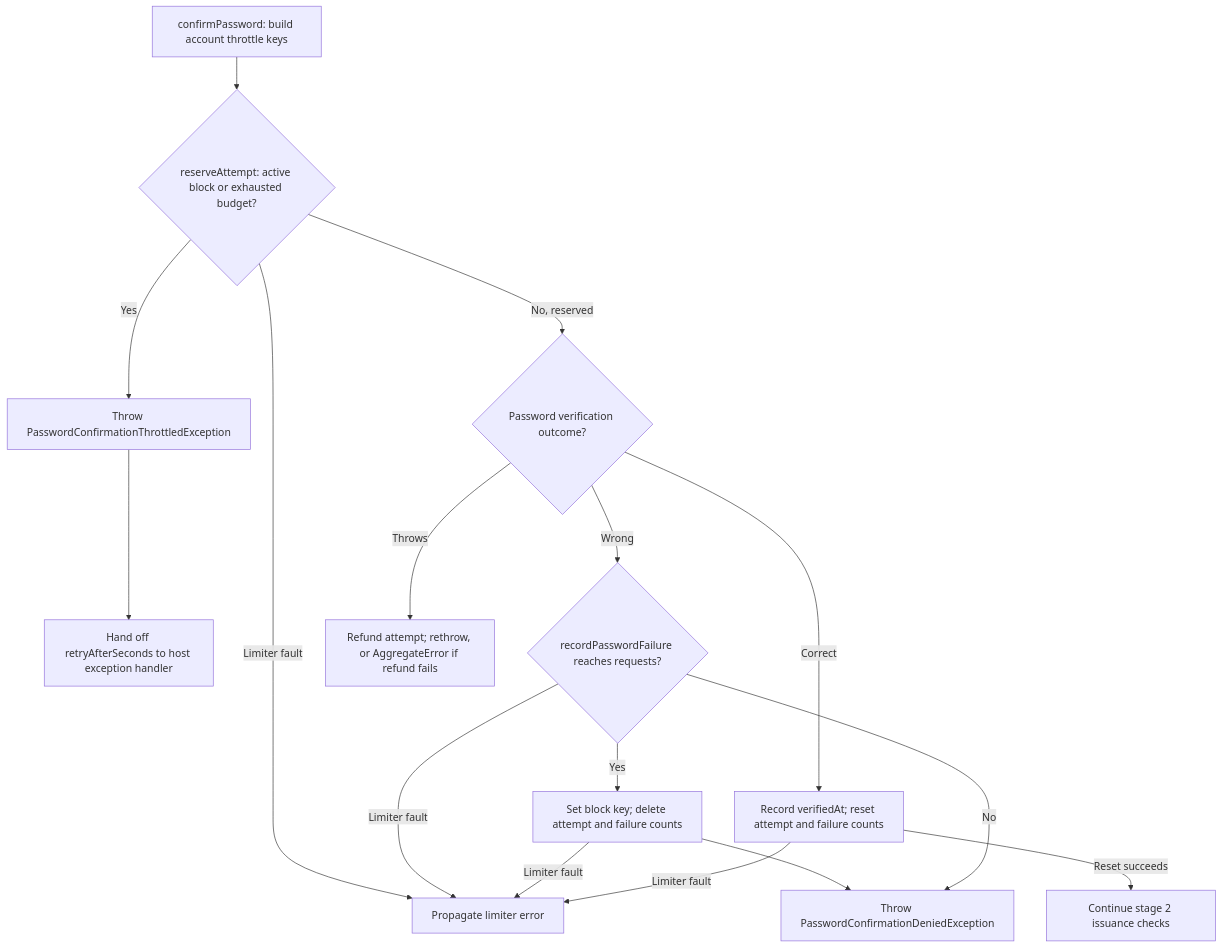
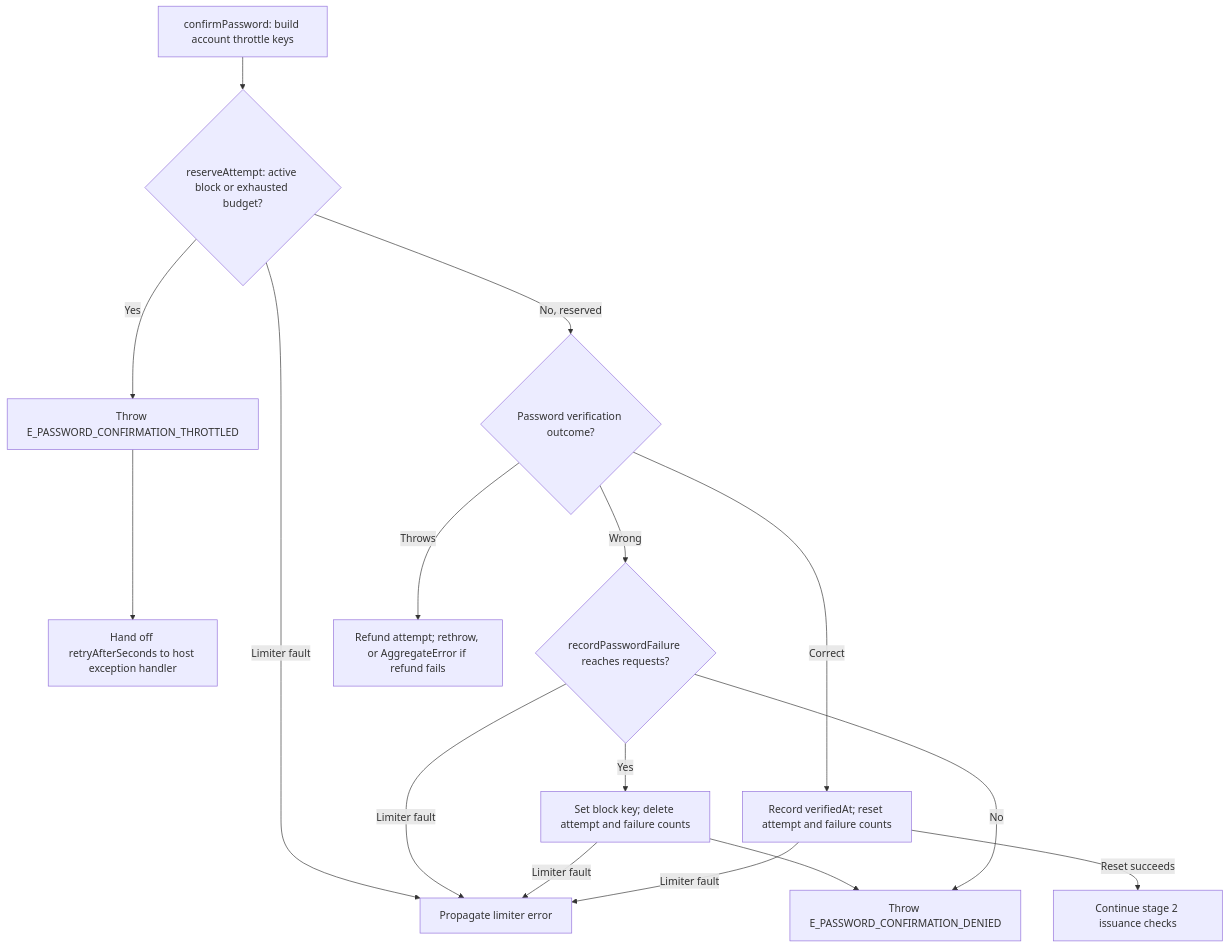
Before and after one commit to Kevinjohn/oss-adonisjs-confirm-action-with-password: the second of 2 diagrams in user-stories/US-CONFIRM-06-recover-from-throttling.md, drawn with Mermaid. The commit also changed 14 other files, not shown here.

````diff
--- a/user-stories/US-CONFIRM-06-recover-from-throttling.md
+++ b/user-stories/US-CONFIRM-06-recover-from-throttling.md
@@ -35,18 +35,18 @@
 ```mermaid
 flowchart TD
     A["confirmPassword: build account throttle keys"] --> B{"reserveAttempt: active block or exhausted budget?"}
-    B -->|Yes| C["Throw PasswordConfirmationThrottledException"]
+    B -->|Yes| C["Throw E_PASSWORD_CONFIRMATION_THROTTLED"]
     C --> D["Hand off retryAfterSeconds to host exception handler"]
     B -->|Limiter fault| L["Propagate limiter error"]
     B -->|No, reserved| E{"Password verification outcome?"}
     E -->|Wrong| F{"recordPasswordFailure reaches requests?"}
     F -->|Yes| G["Set block key; delete attempt and failure counts"]
-    G --> H["Throw PasswordConfirmationDeniedException"]
+    G --> H["Throw E_PASSWORD_CONFIRMATION_DENIED"]
     F -->|No| H
     E -->|Throws| I["Refund attempt; rethrow, or AggregateError if refund fails"]
     E -->|Correct| J["Record verifiedAt; reset attempt and failure counts"]
     J -->|Reset succeeds| K["Continue stage 2 issuance checks"]
     F -->|Limiter fault| L
     G -->|Limiter fault| L
     J -->|Limiter fault| L
 ```
````
